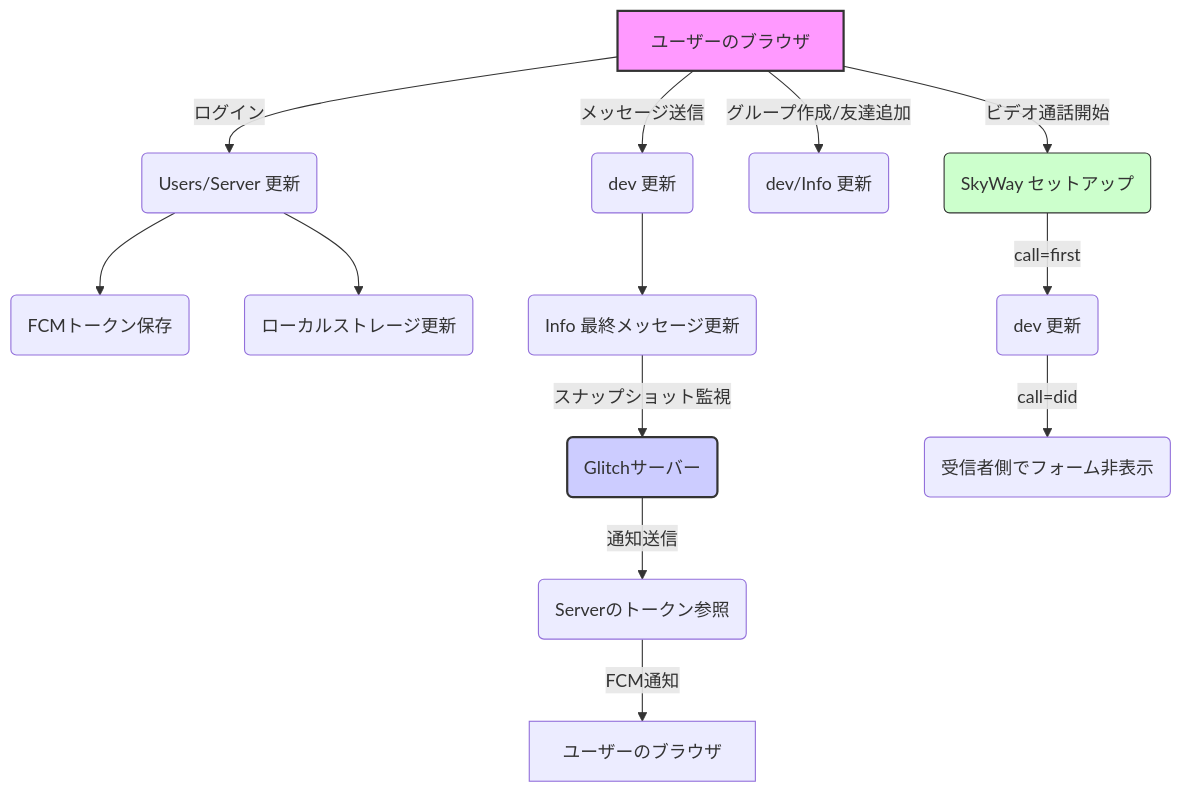
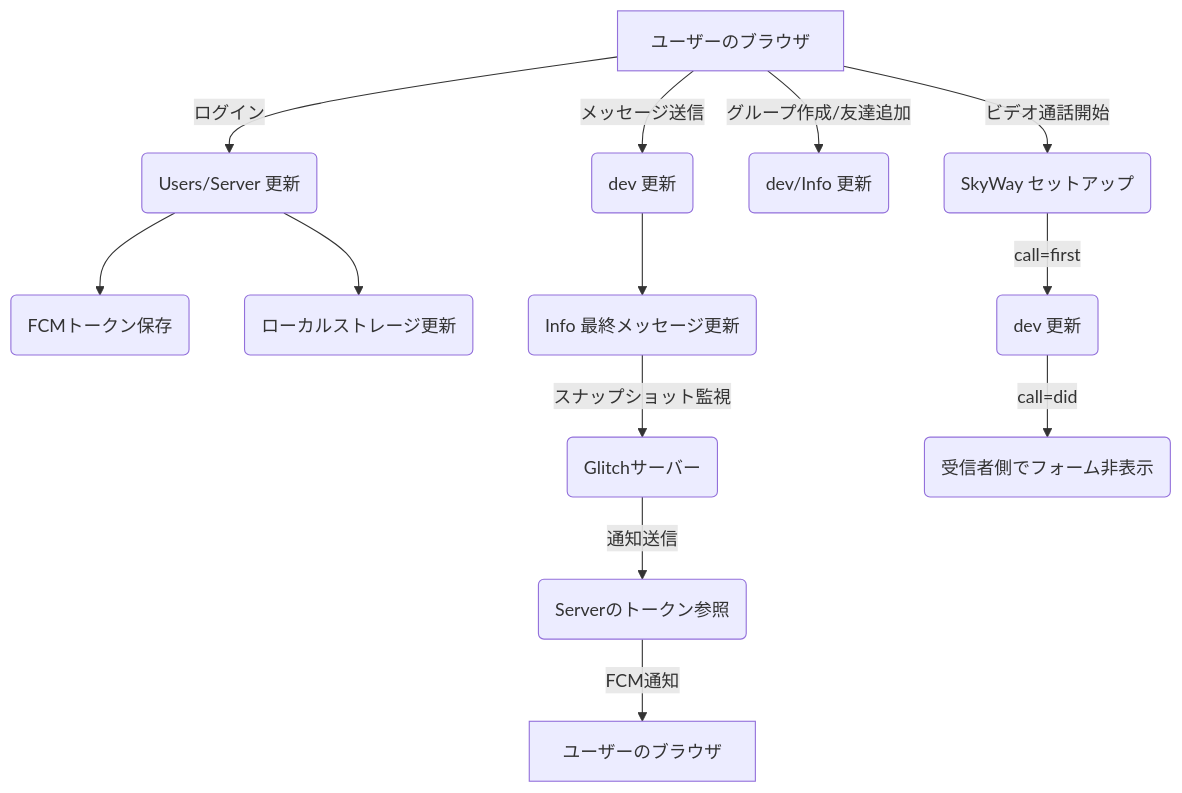
One commit to isd-glitch/Ventus-Talk changed the second of 4 diagrams in README.md. Above: the diagram before and after it, drawn with Mermaid.

````diff
--- a/README.md
+++ b/README.md
@@ -94,23 +94,19 @@
 ```mermaid
 flowchart TD
     A[ユーザーのブラウザ] -->|ログイン| B(Users/Server 更新)
     B --> C(FCMトークン保存)
     B --> D(ローカルストレージ更新)
     
     A -->|メッセージ送信| E(dev 更新)
     E --> F(Info 最終メッセージ更新)
     
     A -->|グループ作成/友達追加| G(dev/Info 更新)
     
     F -->|スナップショット監視| H(Glitchサーバー)
     H -->|通知送信| I(Serverのトークン参照)
     I -->|FCM通知| J[ユーザーのブラウザ]
 
     A -->|ビデオ通話開始| K(SkyWay セットアップ)
     K -->|call=first| L(dev 更新)
     L -->|call=did| M(受信者側でフォーム非表示)
-
-    style A fill:#f9f,stroke:#333,stroke-width:2px
-    style H fill:#ccf,stroke:#333,stroke-width:2px
-    style K fill:#cfc,stroke:#333,stroke-width:2p
 ```
````
